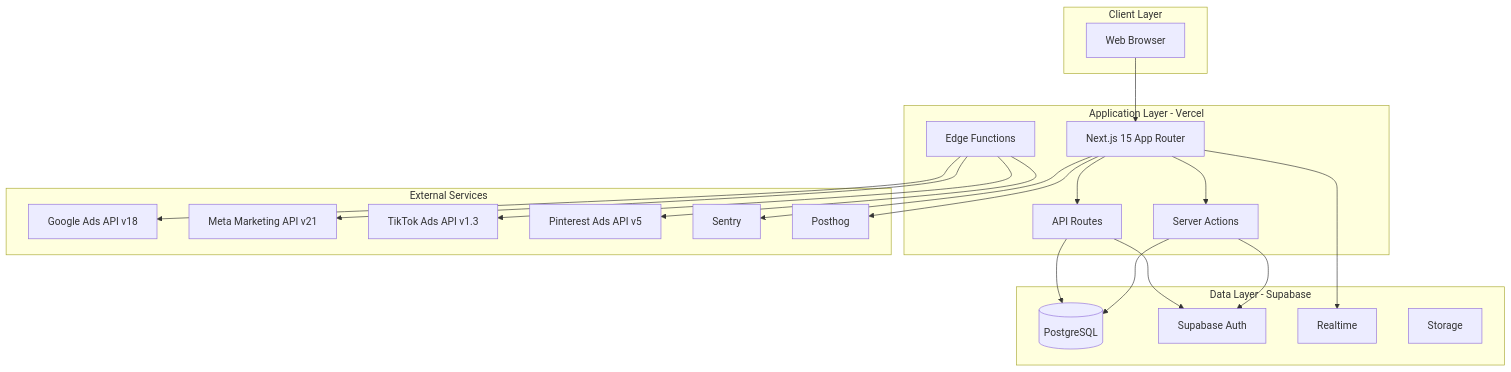
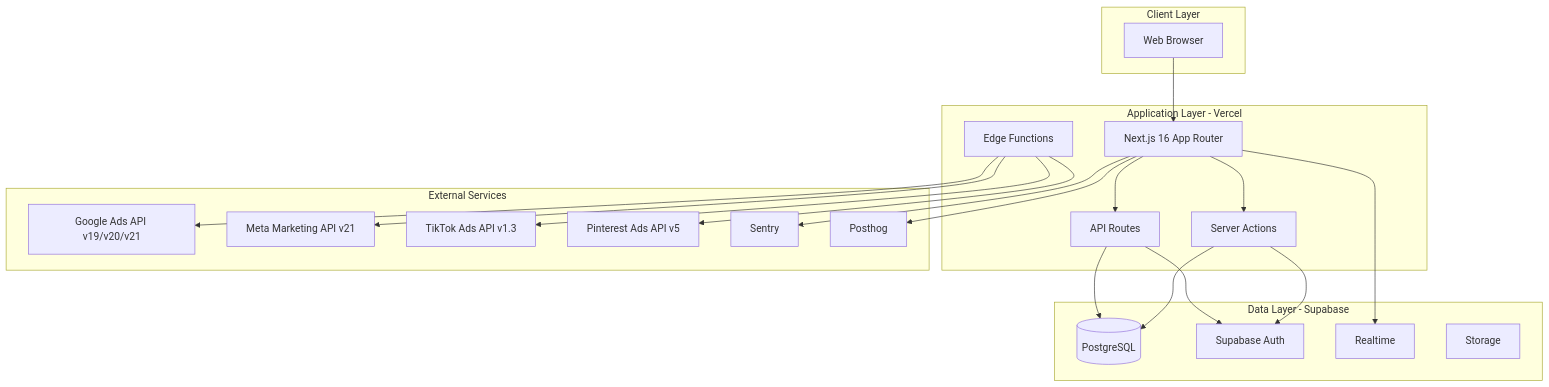
One commit to emrmob77/all-analytics changed the diagram in docs/design.md. Above: the diagram before and after it, drawn with Mermaid. The commit also changed other lines of this file and 13 other files, not shown here.

````diff
--- a/docs/design.md
+++ b/docs/design.md
@@ -29,44 +29,44 @@
 ```mermaid
 graph TB
     subgraph "Client Layer"
         Browser[Web Browser]
     end
     
     subgraph "Application Layer - Vercel"
-        NextJS[Next.js 15 App Router]
+        NextJS[Next.js 16 App Router]
         API[API Routes]
         SA[Server Actions]
         Edge[Edge Functions]
     end
     
     subgraph "Data Layer - Supabase"
         PG[(PostgreSQL)]
         Auth[Supabase Auth]
         RT[Realtime]
         Storage[Storage]
     end
     
     subgraph "External Services"
-        Google[Google Ads API v18]
+        Google[Google Ads API v19/v20/v21]
         Meta[Meta Marketing API v21]
         TikTok[TikTok Ads API v1.3]
         Pinterest[Pinterest Ads API v5]
         Sentry[Sentry]
         Posthog[Posthog]
     end
     
     Browser --> NextJS
     NextJS --> API
     NextJS --> SA
     API --> PG
     SA --> PG
     API --> Auth
     SA --> Auth
     NextJS --> RT
     Edge --> Google
     Edge --> Meta
     Edge --> TikTok
     Edge --> Pinterest
     NextJS --> Sentry
     NextJS --> Posthog
 ```
````
